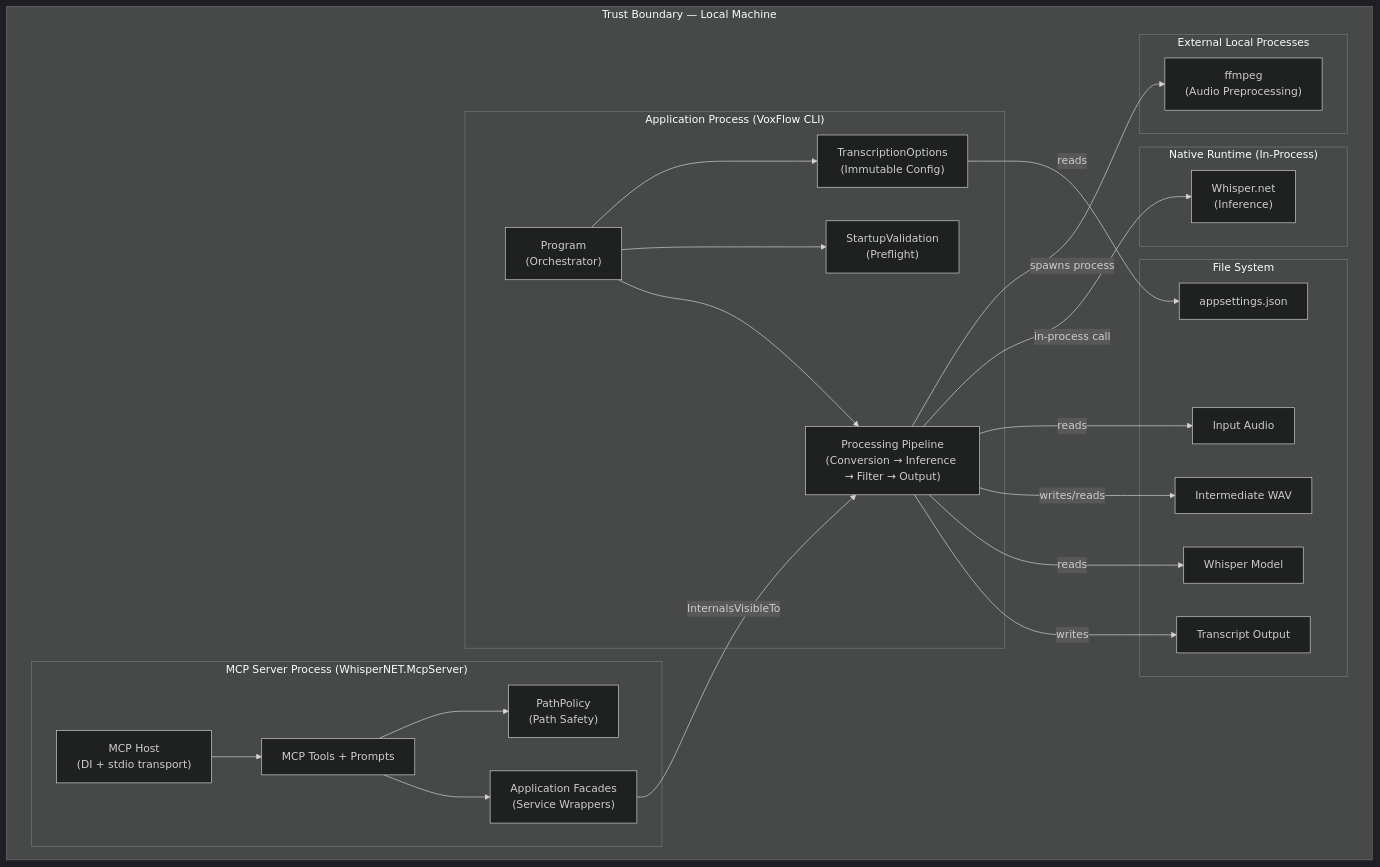
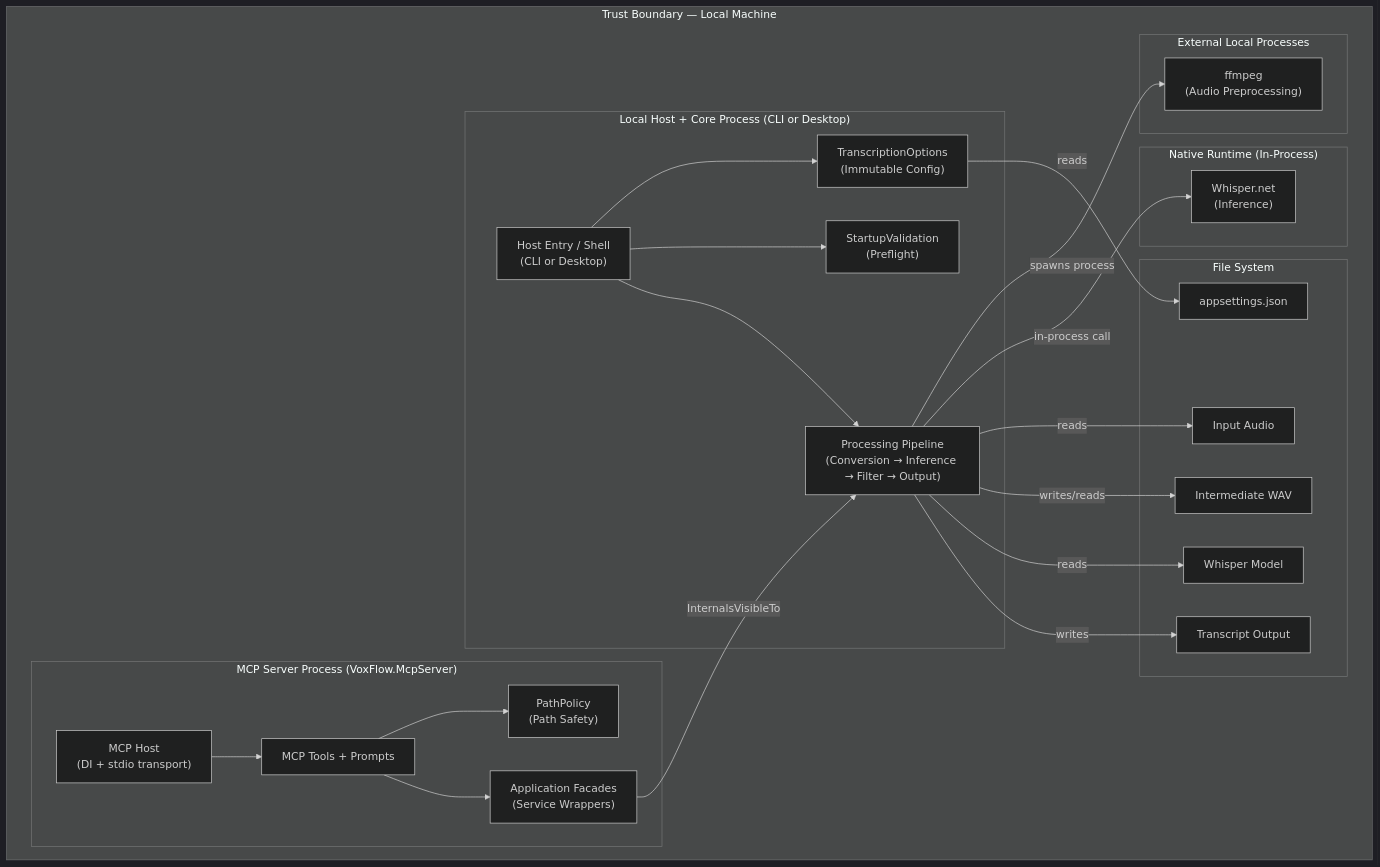
The second of 2 diagrams in ARCHITECTURE.md (artemsemdev/VoxFlow), drawn with Mermaid (dark theme) before and after one commit. The commit also changed other lines of this file and 4 other files, not shown here.

Commit message:
docs: Update architecture and README for shared core and host details

````diff
--- a/ARCHITECTURE.md
+++ b/ARCHITECTURE.md
@@ -111,49 +109,49 @@
 ```mermaid
 flowchart TB
     subgraph trust["Trust Boundary — Local Machine"]
-        subgraph app["Application Process (VoxFlow CLI)"]
-            orchestrator["Program<br/>(Orchestrator)"]
+        subgraph app["Local Host + Core Process (CLI or Desktop)"]
+            orchestrator["Host Entry / Shell<br/>(CLI or Desktop)"]
             config["TranscriptionOptions<br/>(Immutable Config)"]
             validation["StartupValidation<br/>(Preflight)"]
             pipeline["Processing Pipeline<br/>(Conversion → Inference → Filter → Output)"]
         end
 
-        subgraph mcp["MCP Server Process (WhisperNET.McpServer)"]
+        subgraph mcp["MCP Server Process (VoxFlow.McpServer)"]
             mcp_host["MCP Host<br/>(DI + stdio transport)"]
             mcp_tools["MCP Tools + Prompts"]
             pathpolicy["PathPolicy<br/>(Path Safety)"]
             facades["Application Facades<br/>(Service Wrappers)"]
         end
 
         subgraph external["External Local Processes"]
             ffmpeg["ffmpeg<br/>(Audio Preprocessing)"]
         end
 
         subgraph runtime["Native Runtime (In-Process)"]
             whisper["Whisper.net<br/>(Inference)"]
         end
 
         subgraph storage["File System"]
             input["Input Audio"]
             intermediate["Intermediate WAV"]
             model["Whisper Model"]
             output["Transcript Output"]
             settings["appsettings.json"]
         end
     end
 
     orchestrator --> config
     orchestrator --> validation
     orchestrator --> pipeline
     mcp_host --> mcp_tools
     mcp_tools --> pathpolicy
     mcp_tools --> facades
     facades -->|InternalsVisibleTo| pipeline
     pipeline -->|spawns process| ffmpeg
     pipeline -->|in-process call| whisper
     pipeline -->|reads| input
     pipeline -->|writes/reads| intermediate
     pipeline -->|reads| model
     pipeline -->|writes| output
     config -->|reads| settings
 ```
````
